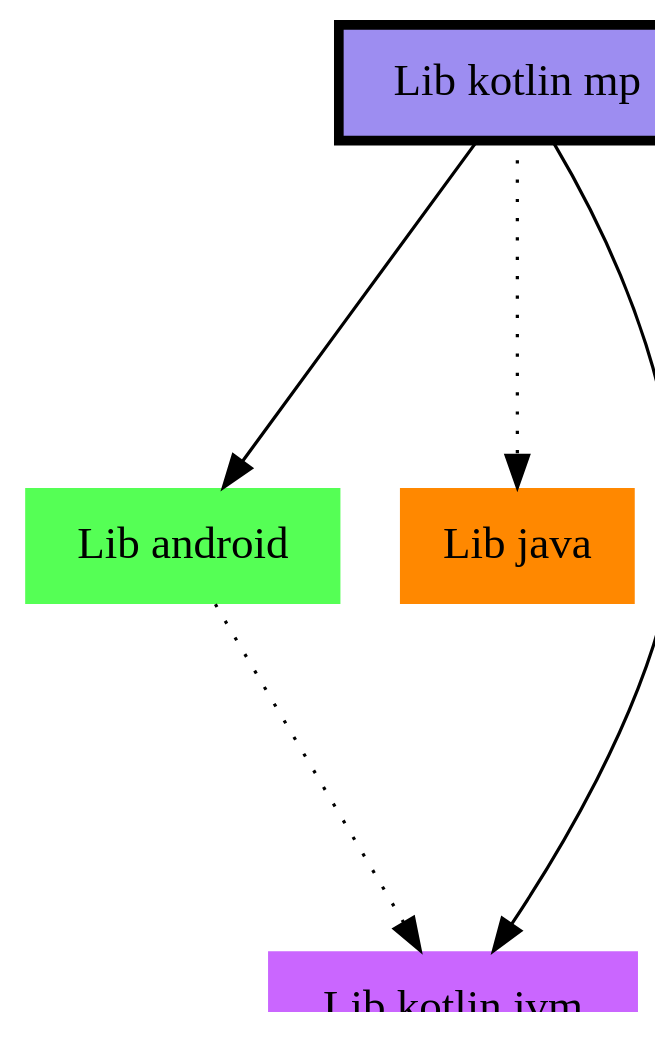
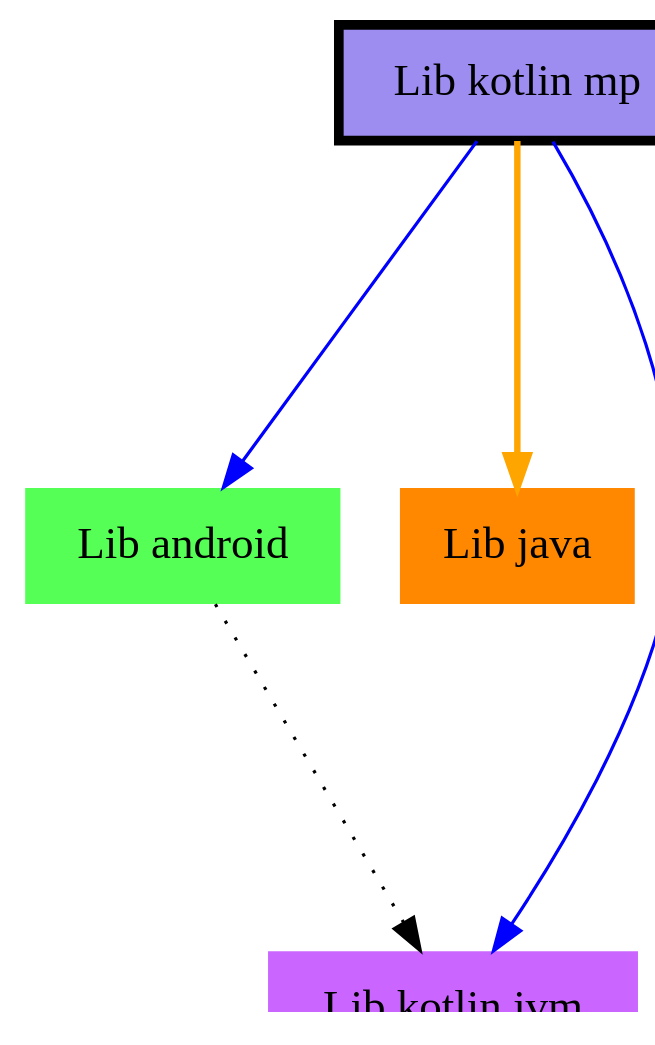
Before and after one commit to jonapoul/atlas: the diagram in sample/sample-lib-kotlin-mp/modules/modules.dot, drawn with Graphviz. The commit also changed 23 other files, not shown here.

```diff
--- a/sample/sample-lib-kotlin-mp/modules/modules.dot
+++ b/sample/sample-lib-kotlin-mp/modules/modules.dot
@@ -1,13 +1,13 @@
 digraph {
   edge ["arrowhead"="normal","arrowtail"="none"]
   graph ["dpi"="100","fontsize"="30","ranksep"="1.5","rankdir"="TB"]
   node ["style"="filled"]
   "Lib android" ["fillcolor"="#55FF55","shape"="none"]
   "Lib java" ["fillcolor"="#FF8800","shape"="none"]
   "Lib kotlin jvm" ["fillcolor"="#CA66FF","shape"="none"]
   "Lib kotlin mp" ["fillcolor"="#9D8DF1","color"="black","penwidth"="3","shape"="box"]
   "Lib android" -> "Lib kotlin jvm" ["style"="dotted"]
-  "Lib kotlin mp" -> "Lib android"
-  "Lib kotlin mp" -> "Lib java" ["style"="dotted"]
-  "Lib kotlin mp" -> "Lib kotlin jvm"
+  "Lib kotlin mp" -> "Lib android" ["style"="solid","color"="blue"]
+  "Lib kotlin mp" -> "Lib java" ["style"="bold","color"="orange"]
+  "Lib kotlin mp" -> "Lib kotlin jvm" ["style"="solid","color"="blue"]
 }
```
